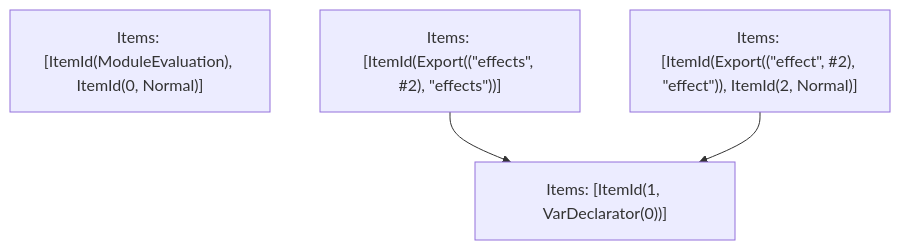
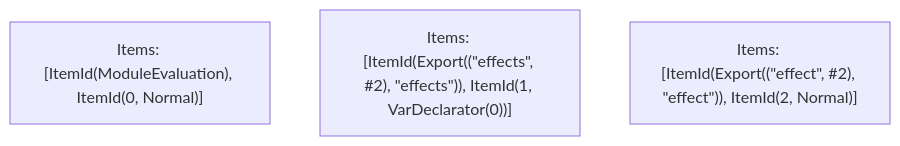
Before and after one commit to vercel/turborepo: the fifth of 5 diagrams in crates/turbopack-ecmascript/tests/tree-shaker/analyzer/tla-1/output.md, drawn with Mermaid. The commit also changed other lines of this file and 12 other files, not shown here.

````diff
--- a/crates/turbopack-ecmascript/tests/tree-shaker/analyzer/tla-1/output.md
+++ b/crates/turbopack-ecmascript/tests/tree-shaker/analyzer/tla-1/output.md
@@ -97,9 +95,6 @@
 ```mermaid
 graph TD
     N0["Items: [ItemId(ModuleEvaluation), ItemId(0, Normal)]"];
-    N1["Items: [ItemId(Export((&quot;effects&quot;, #2), &quot;effects&quot;))]"];
+    N1["Items: [ItemId(Export((&quot;effects&quot;, #2), &quot;effects&quot;)), ItemId(1, VarDeclarator(0))]"];
     N2["Items: [ItemId(Export((&quot;effect&quot;, #2), &quot;effect&quot;)), ItemId(2, Normal)]"];
-    N3["Items: [ItemId(1, VarDeclarator(0))]"];
-    N1 --> N3;
-    N2 --> N3;
 ```
````
